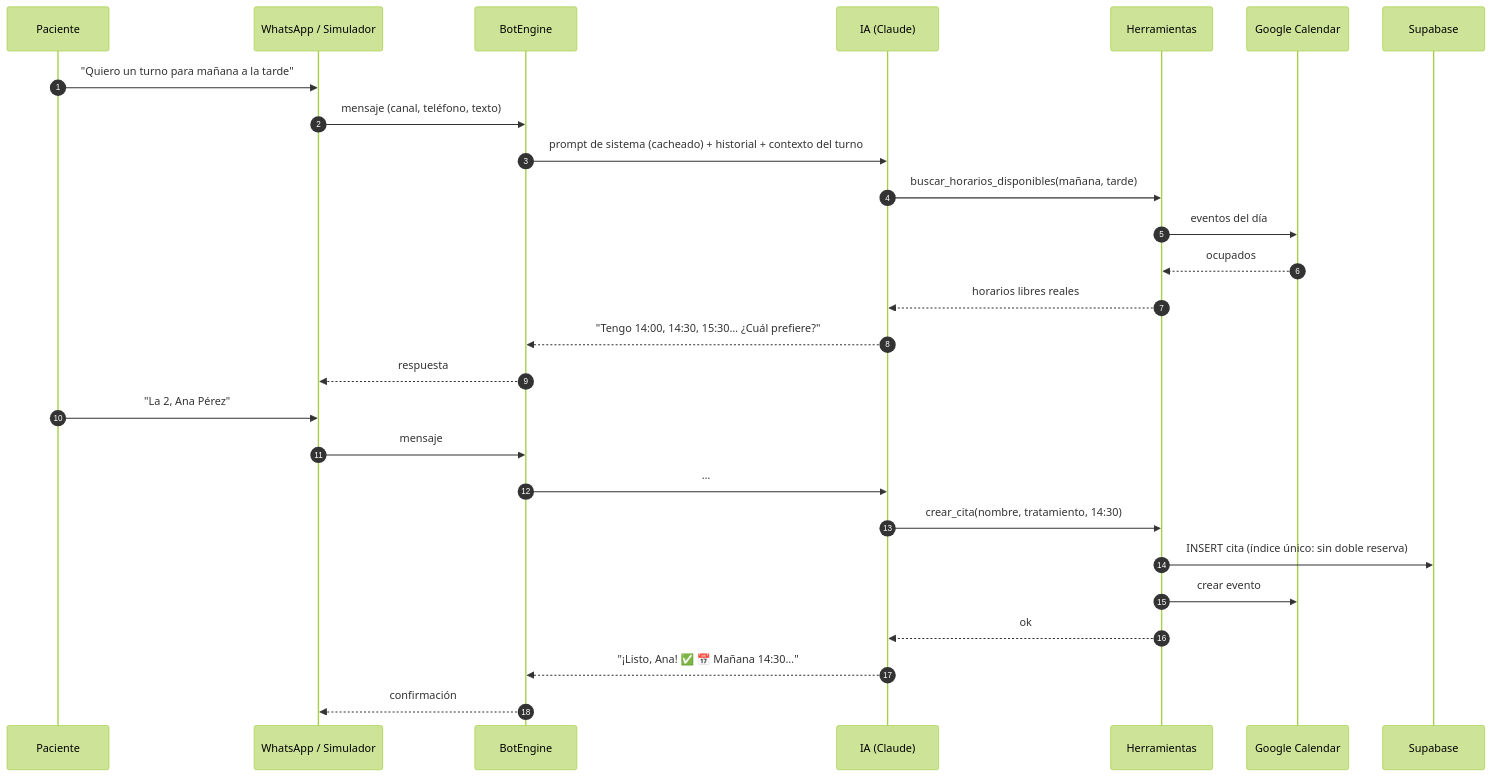
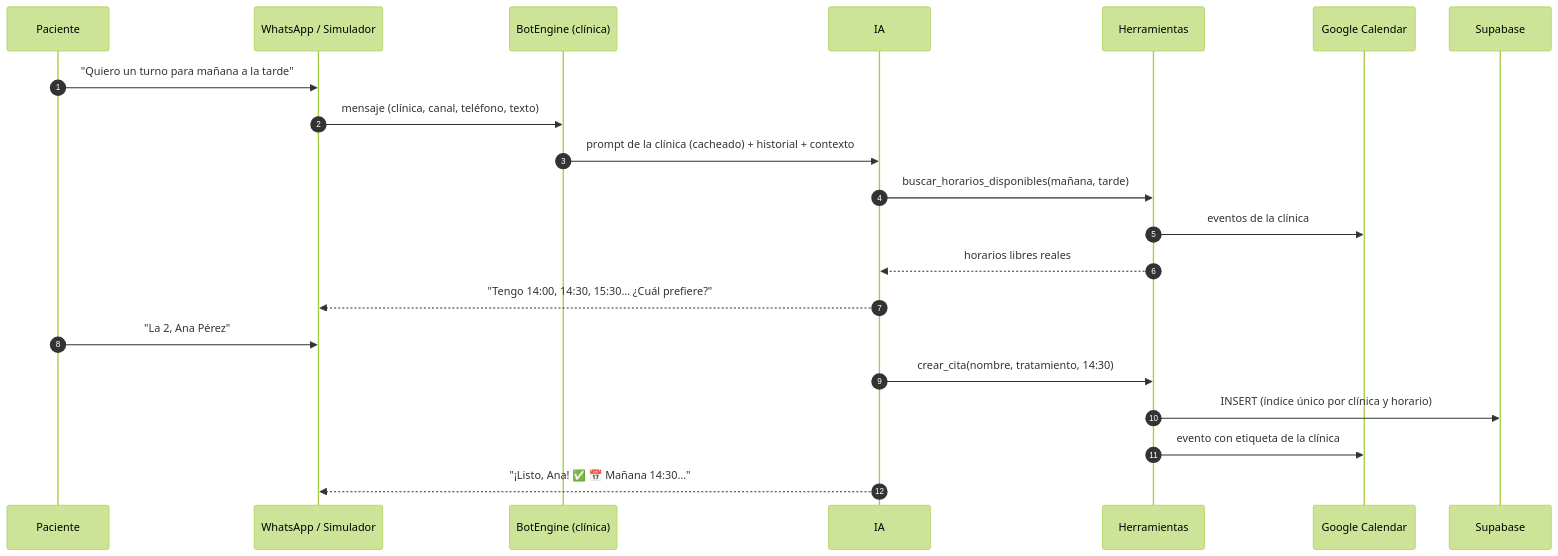
The second of 3 diagrams in README.md (siriusdecohome-star/Bot_Consultorio), drawn with Mermaid (forest theme) before and after one commit. The commit also changed other lines of this file and 28 other files, not shown here.

````diff
--- a/README.md
+++ b/README.md
@@ -75,30 +101,24 @@
 ```mermaid
 sequenceDiagram
   autonumber
   participant P as Paciente
   participant W as WhatsApp / Simulador
-  participant E as BotEngine
-  participant L as IA (Claude)
+  participant E as BotEngine (clínica)
+  participant L as IA
   participant T as Herramientas
   participant C as Google Calendar
   participant D as Supabase
 
   P->>W: "Quiero un turno para mañana a la tarde"
-  W->>E: mensaje (canal, teléfono, texto)
-  E->>L: prompt de sistema (cacheado) + historial + contexto del turno
+  W->>E: mensaje (clínica, canal, teléfono, texto)
+  E->>L: prompt de la clínica (cacheado) + historial + contexto
   L->>T: buscar_horarios_disponibles(mañana, tarde)
-  T->>C: eventos del día
-  C-->>T: ocupados
+  T->>C: eventos de la clínica
   T-->>L: horarios libres reales
-  L-->>E: "Tengo 14:00, 14:30, 15:30… ¿Cuál prefiere?"
-  E-->>W: respuesta
+  L-->>W: "Tengo 14:00, 14:30, 15:30… ¿Cuál prefiere?"
   P->>W: "La 2, Ana Pérez"
-  W->>E: mensaje
-  E->>L: …
   L->>T: crear_cita(nombre, tratamiento, 14:30)
-  T->>D: INSERT cita (índice único: sin doble reserva)
-  T->>C: crear evento
-  T-->>L: ok
-  L-->>E: "¡Listo, Ana! ✅ 📅 Mañana 14:30…"
-  E-->>W: confirmación
+  T->>D: INSERT (índice único por clínica y horario)
+  T->>C: evento con etiqueta de la clínica
+  L-->>W: "¡Listo, Ana! ✅ 📅 Mañana 14:30…"
 ```
````
